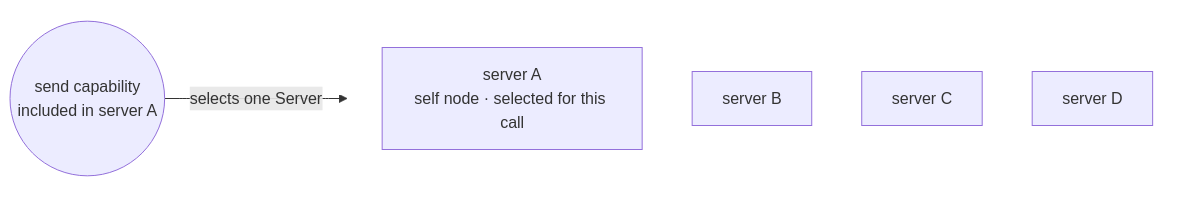
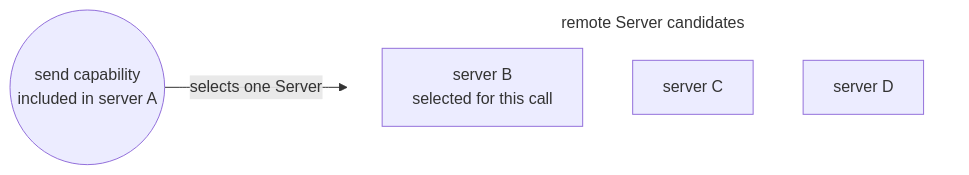
The third of 3 diagrams in framework/doc/framework/common/spec/server/02-channel-transport/01-channel-topology.en.md (zlink-systems/zlink), drawn with Mermaid before and after one commit. The commit also changed other lines of this file and 51 other files, not shown here.

````diff
--- a/framework/doc/framework/common/spec/server/02-channel-transport/01-channel-topology.en.md
+++ b/framework/doc/framework/common/spec/server/02-channel-transport/01-channel-topology.en.md
@@ -369,16 +365,15 @@
 ```mermaid
 flowchart LR
     Caller(("send capability<br/>included in server A"))
 
-    subgraph ServerTargets[" "]
+    subgraph ServerTargets["remote Server candidates"]
         direction TB
-        SA["server A<br/>self node · selected for this call"]
-        SB["server B"]
+        SB["server B<br/>selected for this call"]
         SC["server C"]
         SD["server D"]
     end
 
-    Caller -->|selects one Server| SA
+    Caller -->|selects one Server| SB
 
     style ServerTargets fill:transparent,stroke:transparent
 ```
````
